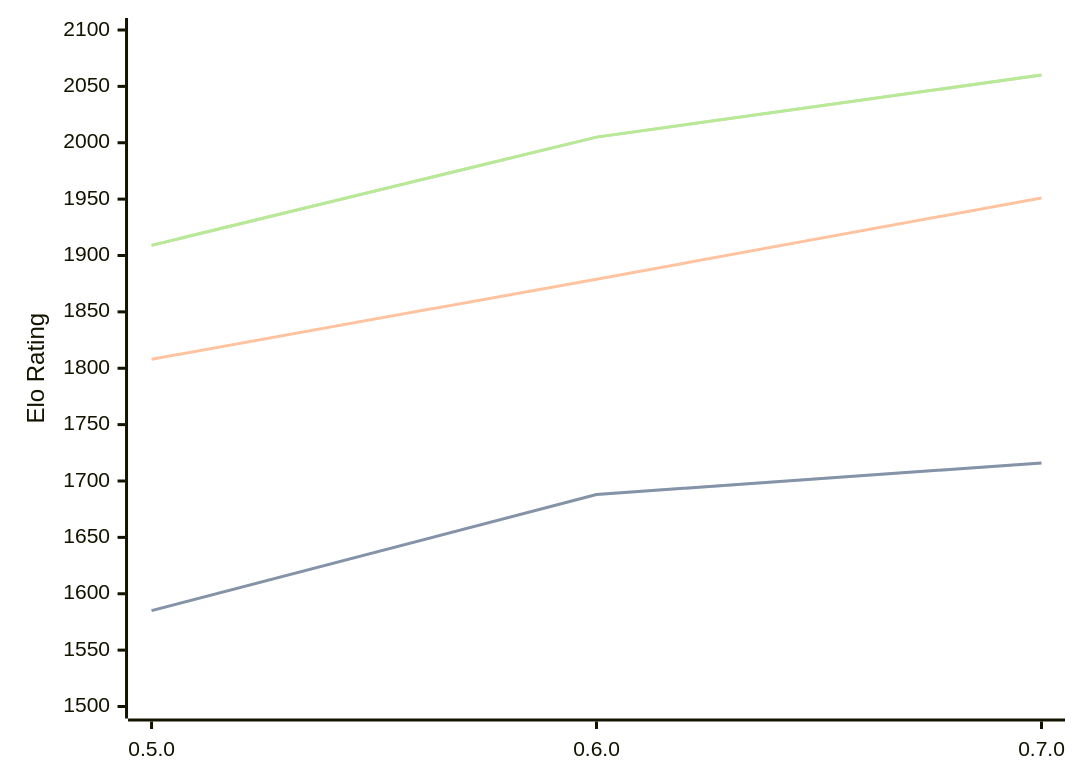
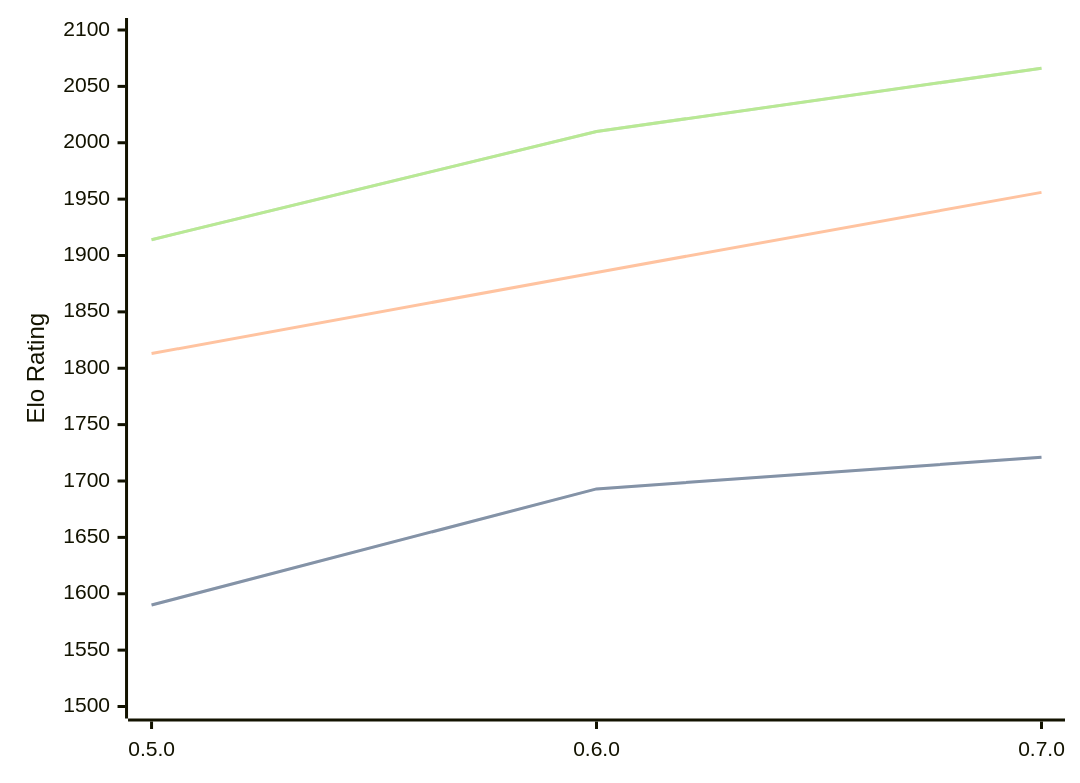
The diagram in engines/Chess-rs.md (computer-chess-index/cci), drawn with Mermaid before and after one commit. The commit also changed other lines of this file, not shown here.

Commit message:
Update CCI Ratings (ELO VLTC) - 2026-04-14

````diff
--- a/engines/Chess-rs.md
+++ b/engines/Chess-rs.md
@@ -41,11 +41,11 @@
 ```mermaid
 %%{init: {"theme":"base","themeVariables":{"seriesColors:['#a3a3a3','#222221','#faa371']}}}%%
 xychart-beta
   x-axis ["0.5.0", "0.6.0", "0.7.0"]
   y-axis "Elo Rating" 1500 --> 2100
-  line "STC (8.0+0.08s)" [1585, 1688, 1716]
-  line "STC (8.0+0.08s)" [1585, 1688, 1716]
-  line "LTC (60.0+0.60s)" [1808, 1879, 1951]
-  line "VLTC (2m24s+1.12s)" [1909, 2005, 2060]
-  line "VLTC (2m24s+1.12s)" [1909, 2005, 2060]
+  line "STC (8.0+0.08s)" [1590, 1693, 1721]
+  line "STC (8.0+0.08s)" [1590, 1693, 1721]
+  line "LTC (60.0+0.60s)" [1813, 1885, 1956]
+  line "VLTC (2m24s+1.12s)" [1914, 2010, 2066]
+  line "VLTC (2m24s+1.12s)" [1914, 2010, 2066]
 ```
````
